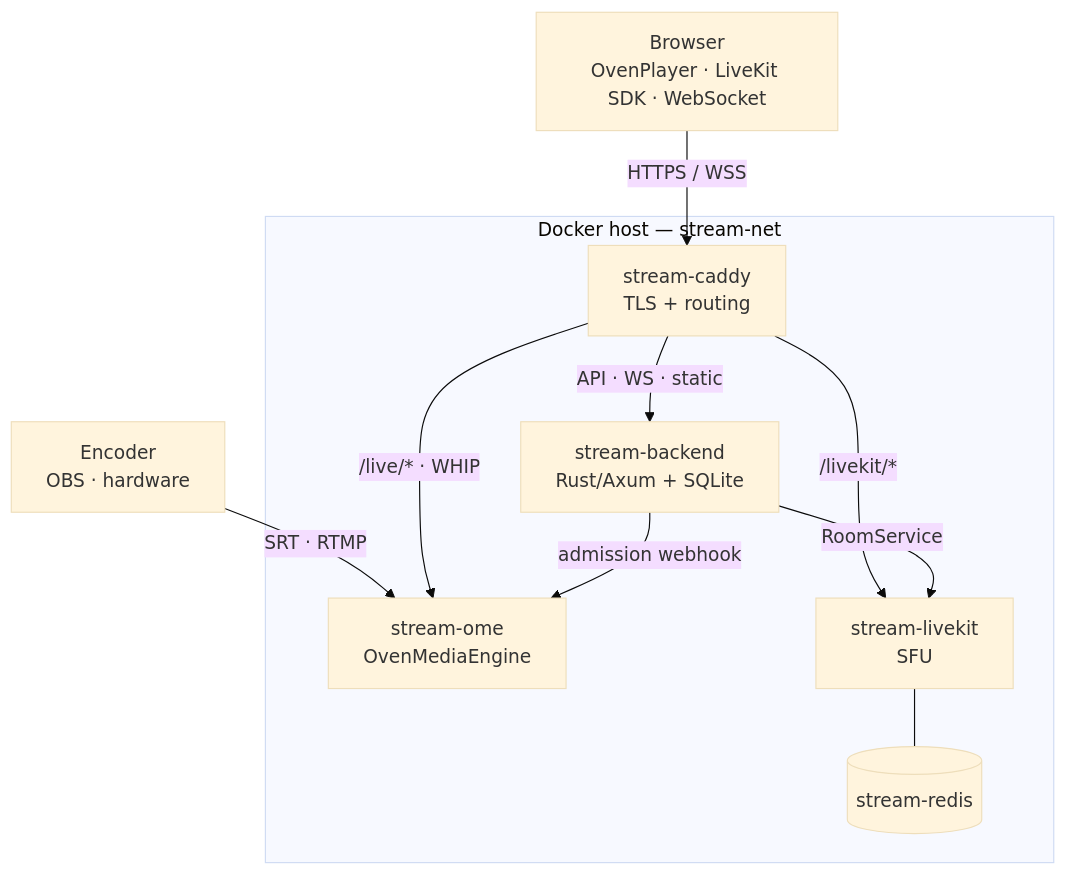
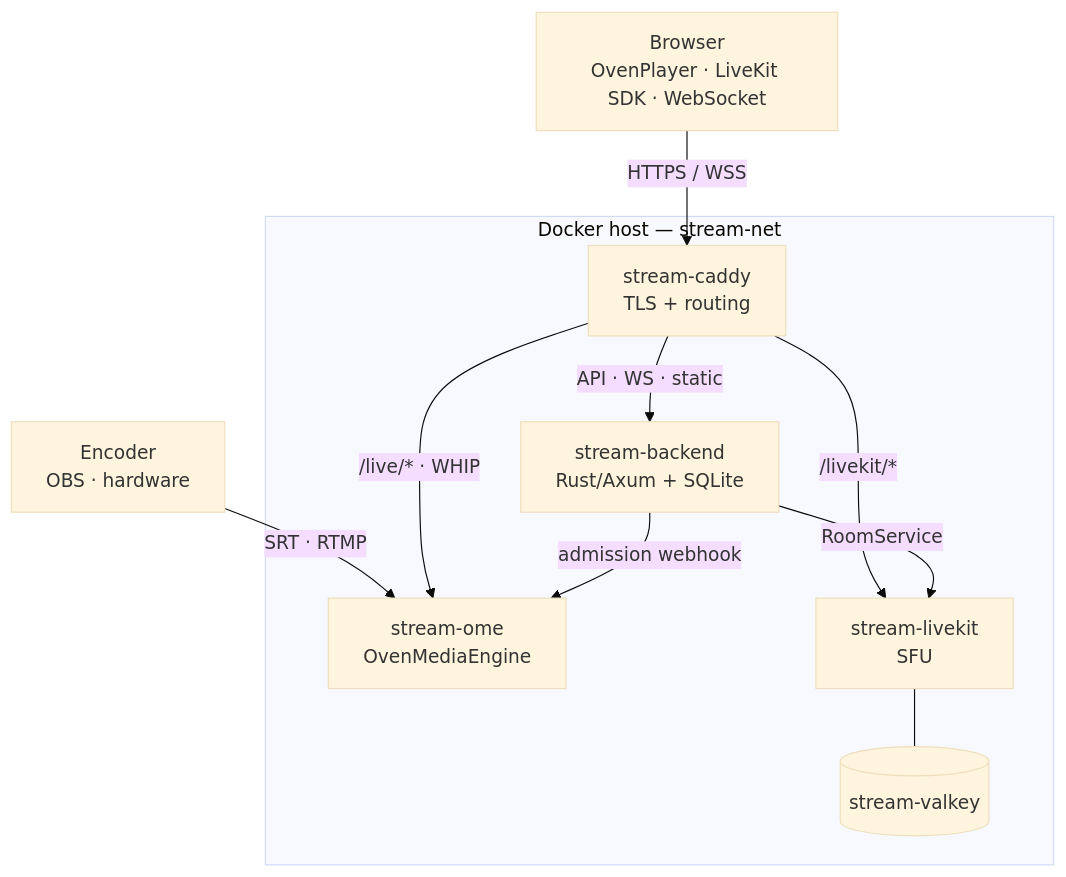
Before and after one commit to farbhaus/Farbstroem: the diagram in README.md, drawn with Mermaid (base theme). The commit also changed other lines of this file and 4 other files, not shown here.

First line of the commit message:
Pin docker images; swap Redis for Valkey (#148)

````diff
--- a/README.md
+++ b/README.md
@@ -7,24 +7,24 @@
 ```mermaid
 flowchart TB
     Encoder["Encoder<br/>OBS · hardware"]
     Browser["Browser<br/>OvenPlayer · LiveKit SDK · WebSocket"]
 
     subgraph host["Docker host — stream-net"]
         Caddy["stream-caddy<br/>TLS + routing"]
         Backend["stream-backend<br/>Rust/Axum + SQLite"]
         OME["stream-ome<br/>OvenMediaEngine"]
         LK["stream-livekit<br/>SFU"]
-        Redis[("stream-redis")]
+        Valkey[("stream-valkey")]
     end
 
     Encoder -->|"SRT · RTMP"| OME
     Browser -->|HTTPS / WSS| Caddy
 
     Caddy -->|"/live/* · WHIP"| OME
     Caddy -->|"/livekit/*"| LK
     Caddy -->|"API · WS · static"| Backend
 
     Backend -->|RoomService| LK
     Backend -->|admission webhook| OME
-    LK --- Redis
+    LK --- Valkey
 ```
````
